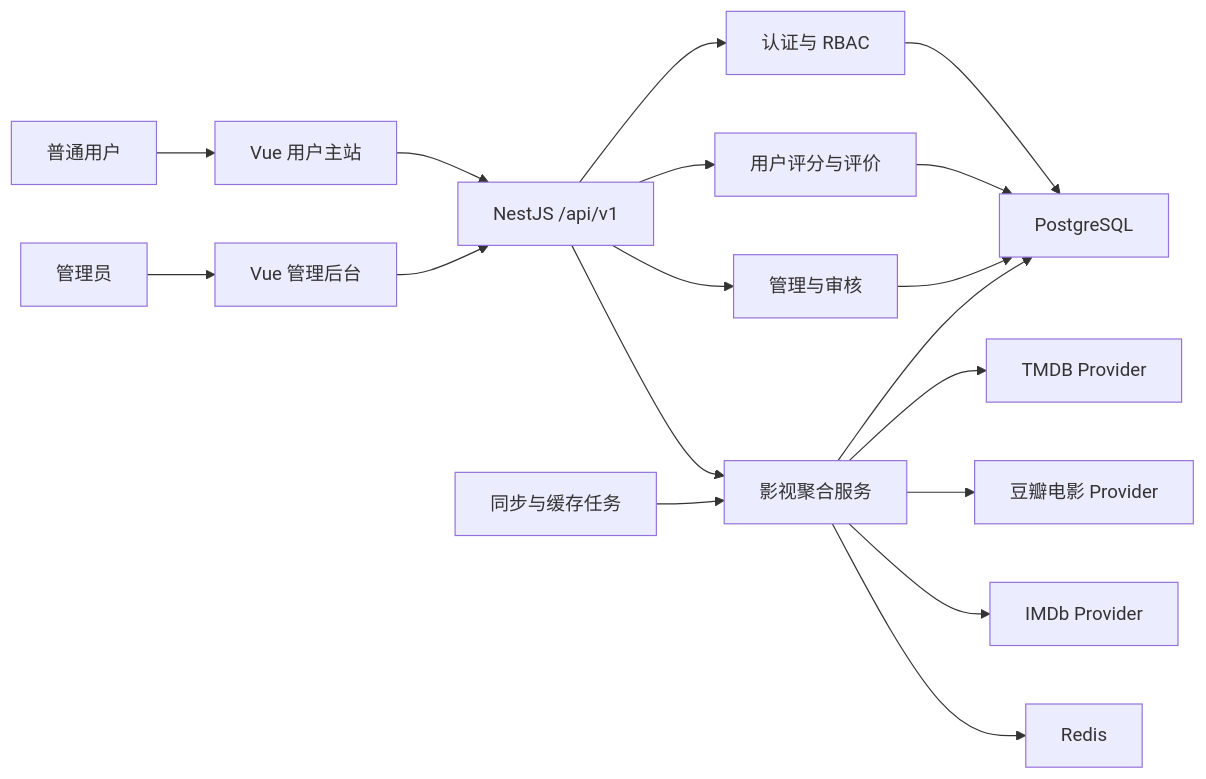
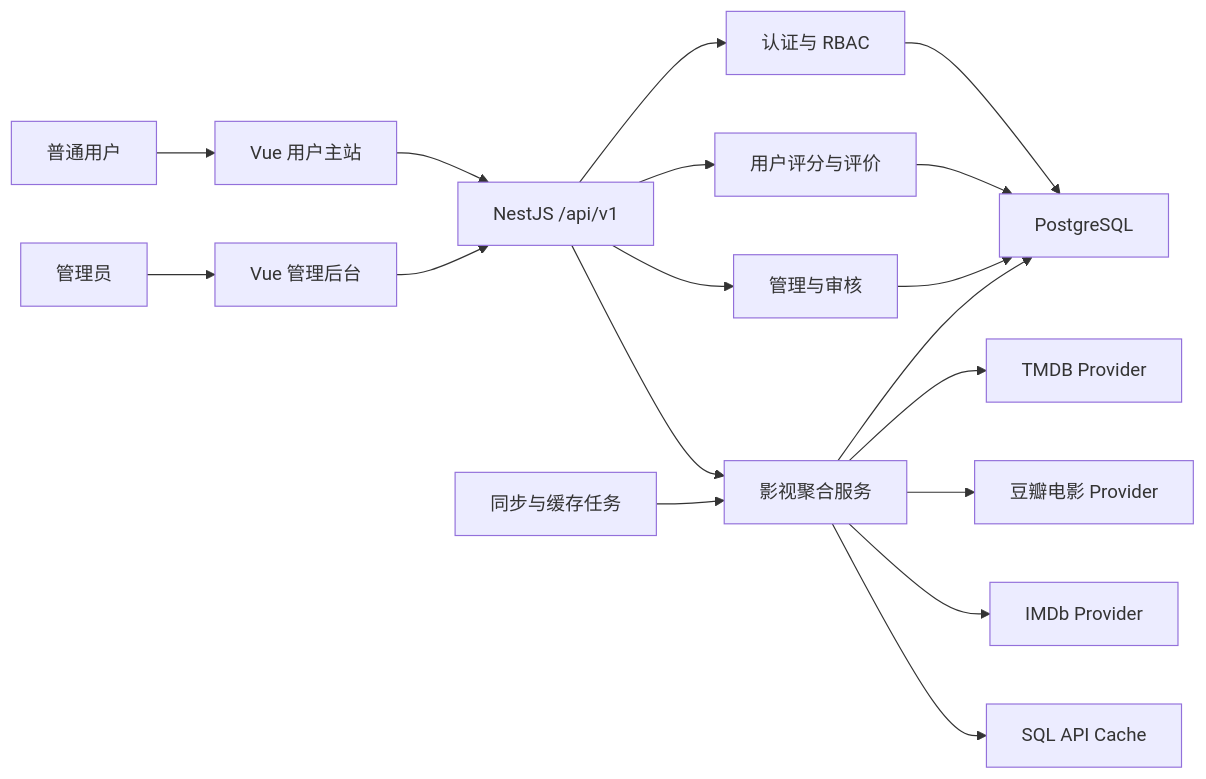
The diagram in docs/方案设计.md (Misaka24/MovieScope), drawn with Mermaid before and after one commit. The commit also changed other lines of this file and 25 other files, not shown here.

Commit message:
feat(api): integrate real providers with SQL caching

````diff
--- a/docs/方案设计.md
+++ b/docs/方案设计.md
@@ -243,20 +243,20 @@
 ```mermaid
 flowchart LR
     USER["普通用户"] --> WEB["Vue 用户主站"]
     ADMIN_USER["管理员"] --> ADMIN["Vue 管理后台"]
     WEB --> API["NestJS /api/v1"]
     ADMIN --> API
     API --> AUTH["认证与 RBAC"]
     API --> CATALOG["影视聚合服务"]
     API --> COMMUNITY["用户评分与评价"]
     API --> ADMIN_SERVICE["管理与审核"]
     CATALOG --> TMDB["TMDB Provider"]
     CATALOG --> DOUBAN["豆瓣电影 Provider"]
     CATALOG --> IMDB["IMDb Provider"]
-    CATALOG --> REDIS["Redis"]
+    CATALOG --> SQLCACHE["SQL API Cache"]
     AUTH --> PG["PostgreSQL"]
     COMMUNITY --> PG
     ADMIN_SERVICE --> PG
     CATALOG --> PG
     JOB["同步与缓存任务"] --> CATALOG
 ```
````
